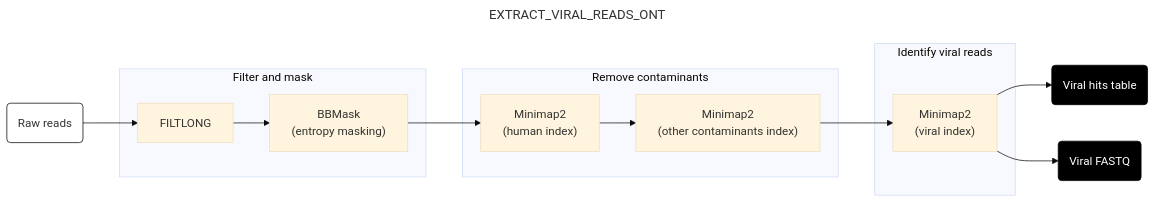
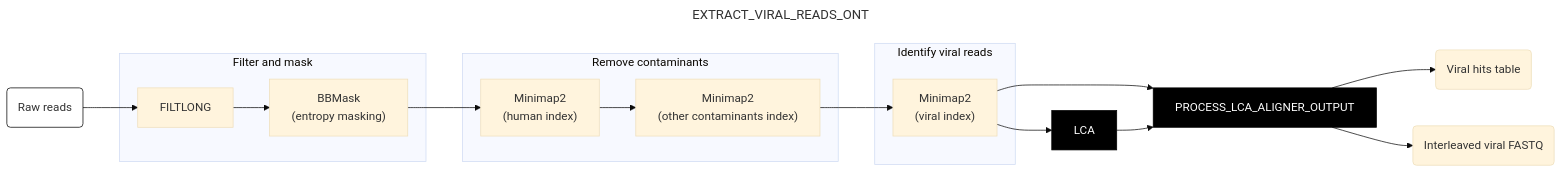
Before and after one commit to naobservatory/mgs-workflow: the seventh of 10 diagrams in docs/run.md, drawn with Mermaid (base theme). The commit also changed other lines of this file and 4 other files, not shown here.

````diff
--- a/docs/run.md
+++ b/docs/run.md
@@ -221,30 +279,33 @@
 ```mermaid
 ---
 title: EXTRACT_VIRAL_READS_ONT
 config:
   layout: horizontal
 ---
 flowchart LR
 A(Raw reads) --> B[FILTLONG]
 B --> C["BBMask <br> (entropy masking)"]
 C --> D["Minimap2 <br> (human index)"]
 D --> E["Minimap2 <br> (other contaminants index)"]
 E --> F["Minimap2 <br> (viral index)"]
-F --> G(Viral hits table)
-F --> H(Viral FASTQ)
+F --> G[LCA]
+F --> H
+G --> H[PROCESS_LCA_ALIGNER_OUTPUT]
+H --> I(Viral hits table)
+H --> J(Interleaved viral FASTQ)
 
 subgraph "Filter and mask"
 B
 C
 end
 subgraph "Remove contaminants"
 D
 E
 end
 subgraph "Identify viral reads"
 F
 end
 style A fill:#fff,stroke:#000
 style G fill:#000,color:#fff,stroke:#000
 style H fill:#000,color:#fff,stroke:#000
 ```
````
